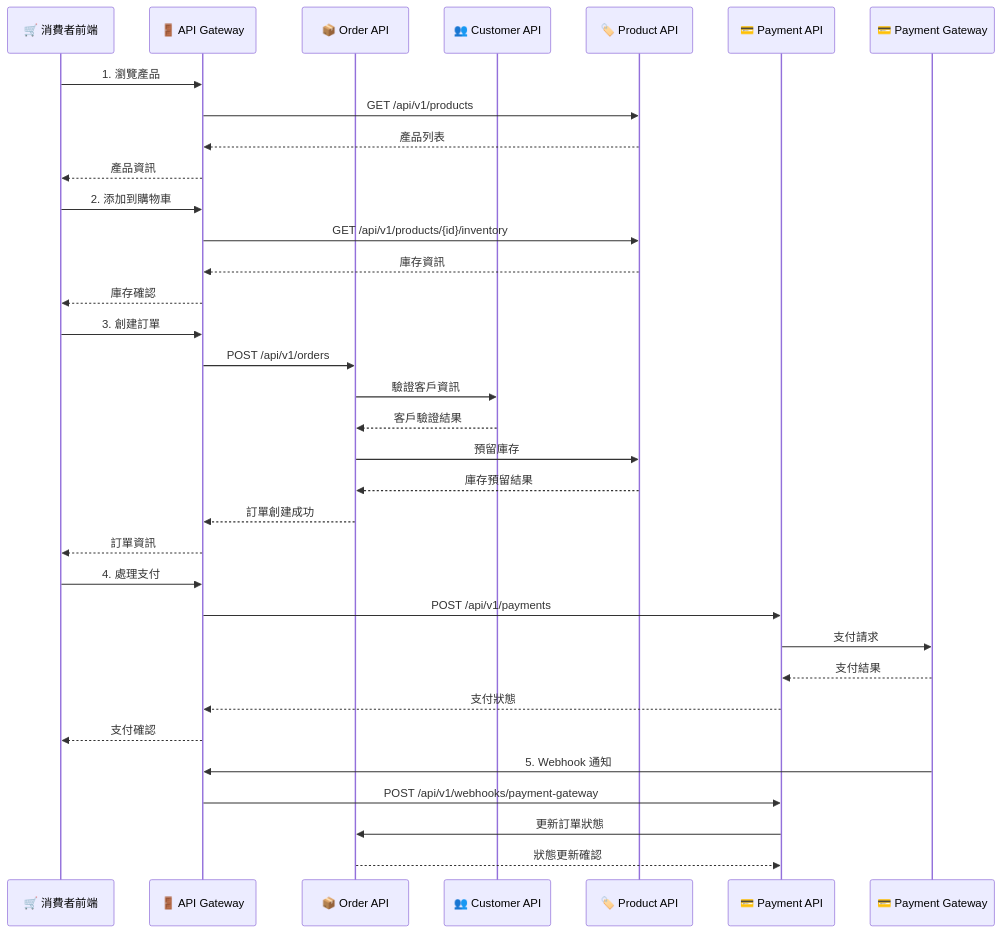
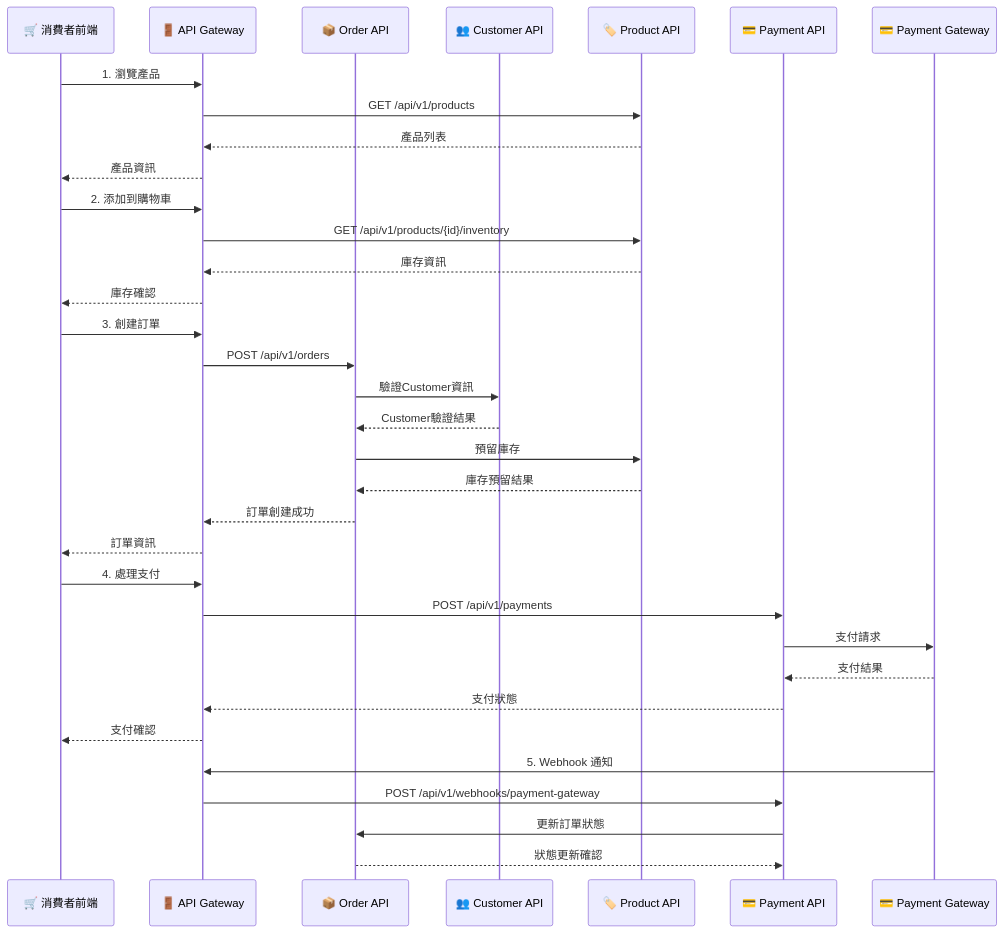
One commit to humank/genai-demo changed the second of 2 diagrams in docs/en/diagrams/mermaid/api-interactions.md. Above: the diagram before and after it, drawn with Mermaid. The commit also changed other lines of this file and 583 other files, not shown here.

````diff
--- a/docs/en/diagrams/mermaid/api-interactions.md
+++ b/docs/en/diagrams/mermaid/api-interactions.md
@@ -265,41 +263,41 @@
 ```mermaid
 sequenceDiagram
     participant Consumer as 🛒 消費者前端
     participant Gateway as 🚪 API Gateway
     participant OrderAPI as 📦 Order API
     participant CustomerAPI as 👥 Customer API
     participant ProductAPI as 🏷️ Product API
     participant PaymentAPI as 💳 Payment API
     participant PaymentGW as 💳 Payment Gateway
     
     Consumer->>Gateway: 1. 瀏覽產品
     Gateway->>ProductAPI: GET /api/v1/products
     ProductAPI-->>Gateway: 產品列表
     Gateway-->>Consumer: 產品資訊
     
     Consumer->>Gateway: 2. 添加到購物車
     Gateway->>ProductAPI: GET /api/v1/products/{id}/inventory
     ProductAPI-->>Gateway: 庫存資訊
     Gateway-->>Consumer: 庫存確認
     
     Consumer->>Gateway: 3. 創建訂單
     Gateway->>OrderAPI: POST /api/v1/orders
-    OrderAPI->>CustomerAPI: 驗證客戶資訊
-    CustomerAPI-->>OrderAPI: 客戶驗證結果
+    OrderAPI->>CustomerAPI: 驗證Customer資訊
+    CustomerAPI-->>OrderAPI: Customer驗證結果
     OrderAPI->>ProductAPI: 預留庫存
     ProductAPI-->>OrderAPI: 庫存預留結果
     OrderAPI-->>Gateway: 訂單創建成功
     Gateway-->>Consumer: 訂單資訊
     
     Consumer->>Gateway: 4. 處理支付
     Gateway->>PaymentAPI: POST /api/v1/payments
     PaymentAPI->>PaymentGW: 支付請求
     PaymentGW-->>PaymentAPI: 支付結果
     PaymentAPI-->>Gateway: 支付狀態
     Gateway-->>Consumer: 支付確認
     
     PaymentGW->>Gateway: 5. Webhook 通知
     Gateway->>PaymentAPI: POST /api/v1/webhooks/payment-gateway
     PaymentAPI->>OrderAPI: 更新訂單狀態
     OrderAPI-->>PaymentAPI: 狀態更新確認
 ```
````
